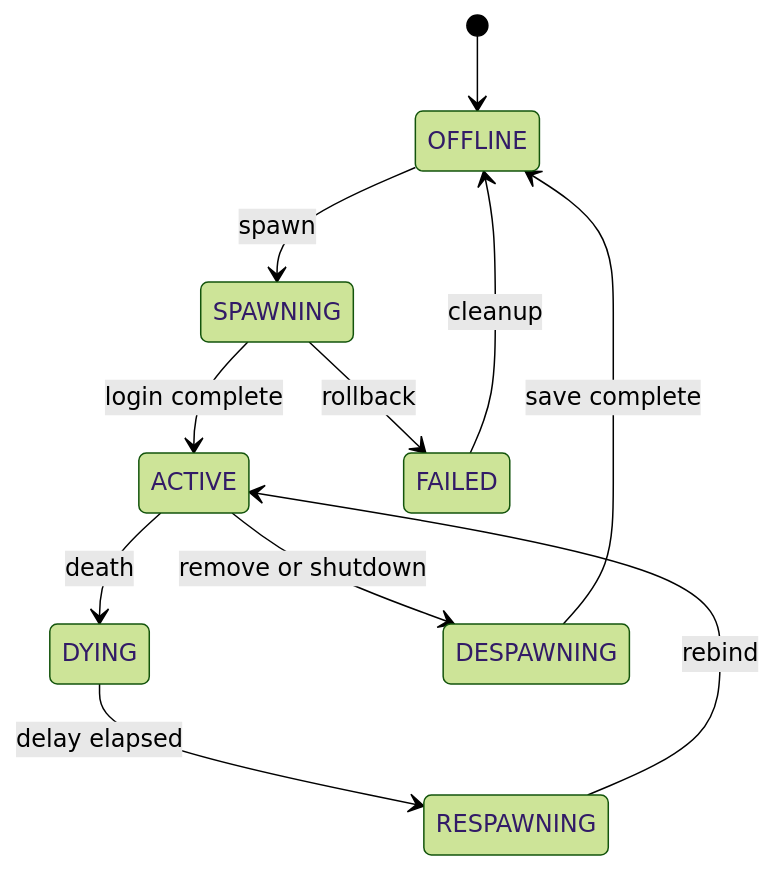
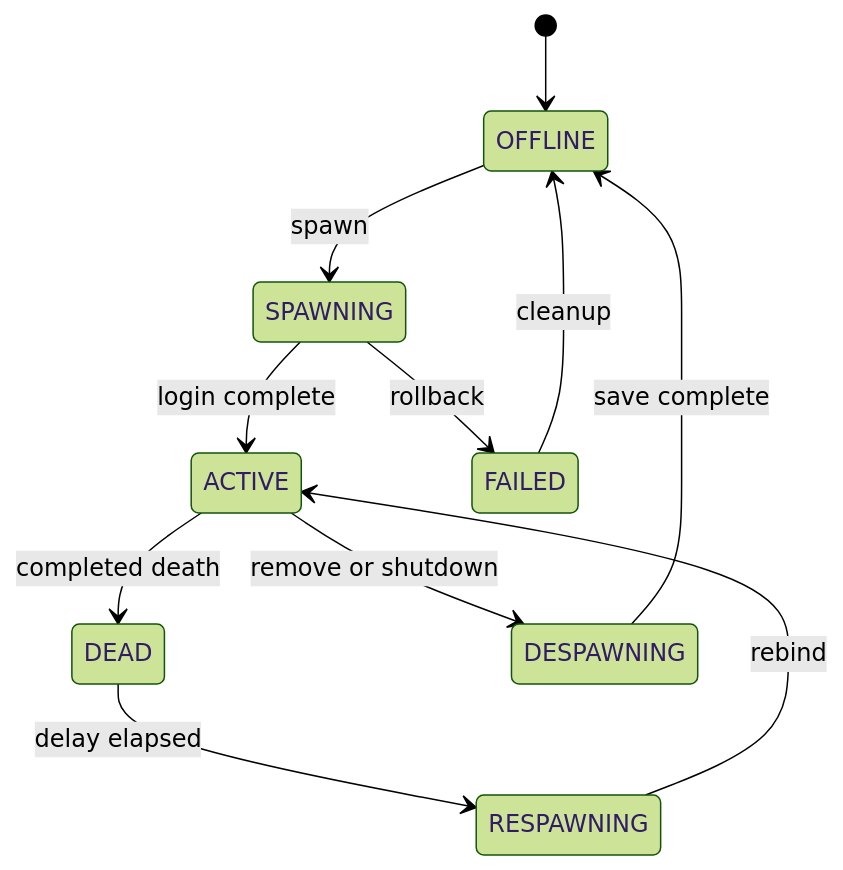
The second of 2 diagrams in docs/ARCHITECTURE_AND_ROADMAP_CN.md (GreyTaiWolf/BotPlayer), drawn with Mermaid (forest theme) before and after one commit. The commit also changed other lines of this file and 13 other files, not shown here.

````diff
--- a/docs/ARCHITECTURE_AND_ROADMAP_CN.md
+++ b/docs/ARCHITECTURE_AND_ROADMAP_CN.md
@@ -226,13 +291,13 @@
 ```mermaid
 stateDiagram-v2
     [*] --> OFFLINE
     OFFLINE --> SPAWNING: spawn
     SPAWNING --> ACTIVE: login complete
     SPAWNING --> FAILED: rollback
-    ACTIVE --> DYING: death
-    DYING --> RESPAWNING: delay elapsed
+    ACTIVE --> DEAD: completed death
+    DEAD --> RESPAWNING: delay elapsed
     RESPAWNING --> ACTIVE: rebind
     ACTIVE --> DESPAWNING: remove or shutdown
     DESPAWNING --> OFFLINE: save complete
     FAILED --> OFFLINE: cleanup
 ```
````
